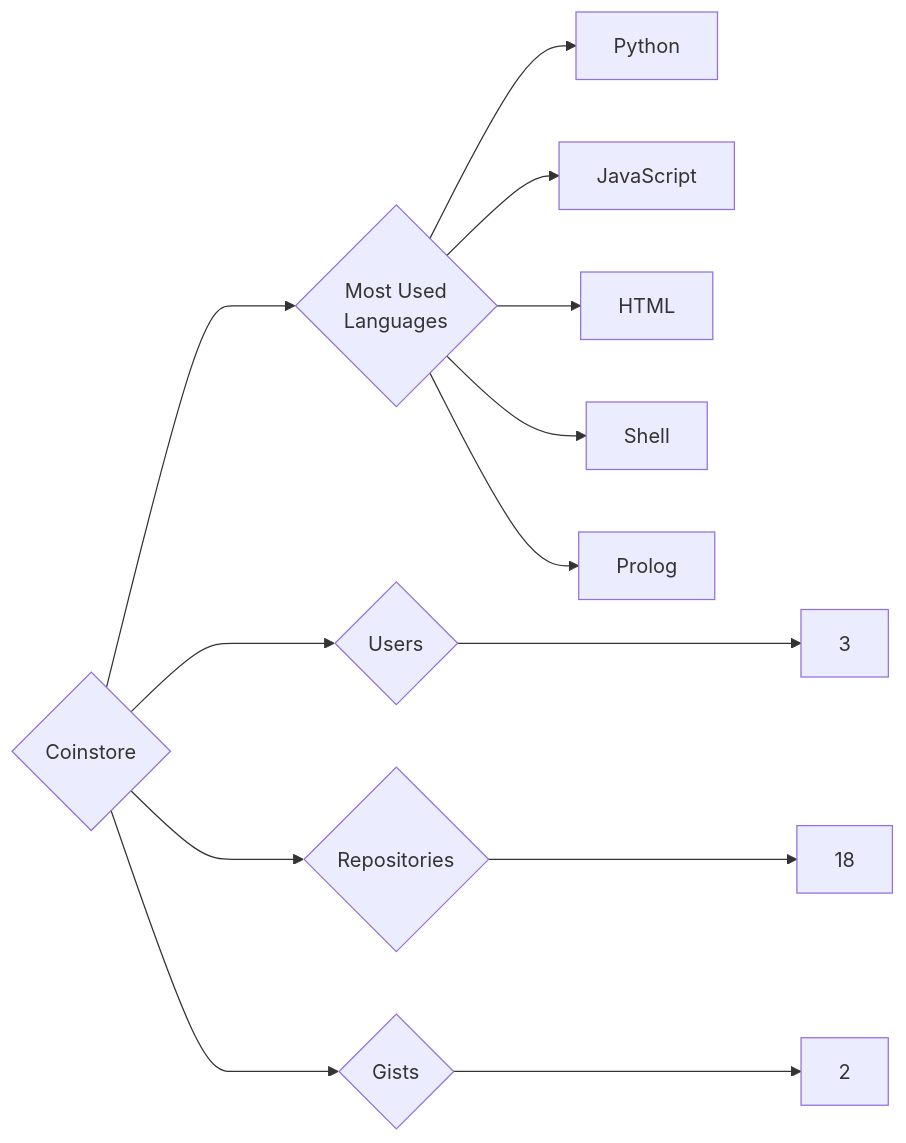
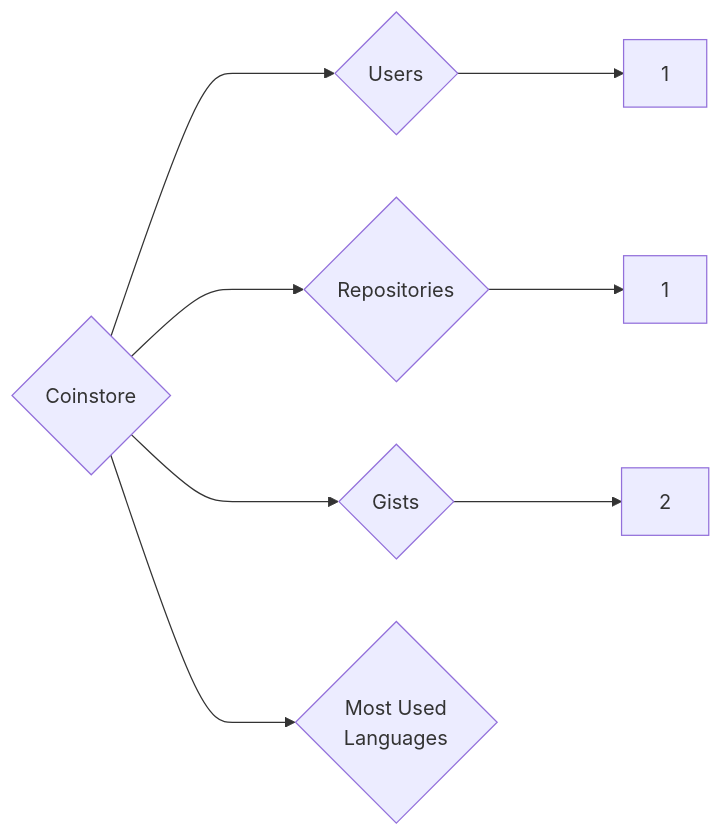
Before and after one commit to trickest/insiders: the diagram in targets/Coinstore/README.md, drawn with Mermaid. The commit also changed 783 other files, not shown here.

````diff
--- a/targets/Coinstore/README.md
+++ b/targets/Coinstore/README.md
@@ -3,13 +3,8 @@
 ```mermaid
 graph LR
 COMPANY_NAME{Coinstore}
-COMPANY_NAME ---> U{Users} ---> UN[3]
-COMPANY_NAME ---> R{Repositories} ---> RN[18]
+COMPANY_NAME ---> U{Users} ---> UN[1]
+COMPANY_NAME ---> R{Repositories} ---> RN[1]
 COMPANY_NAME ---> G{Gists} ---> GN[2]
 COMPANY_NAME ---> ML{Most Used<br>Languages}
-ML --> Python[Python]
-ML --> JavaScript[JavaScript]
-ML --> HTML[HTML]
-ML --> Shell[Shell]
-ML --> Prolog[Prolog]
 ```
````
